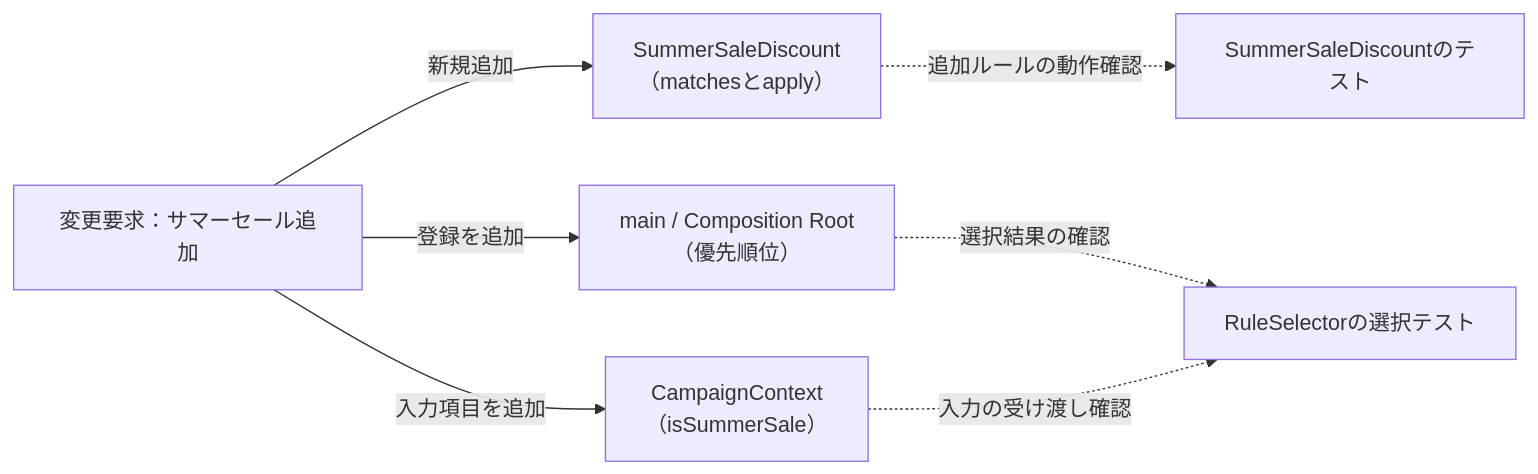
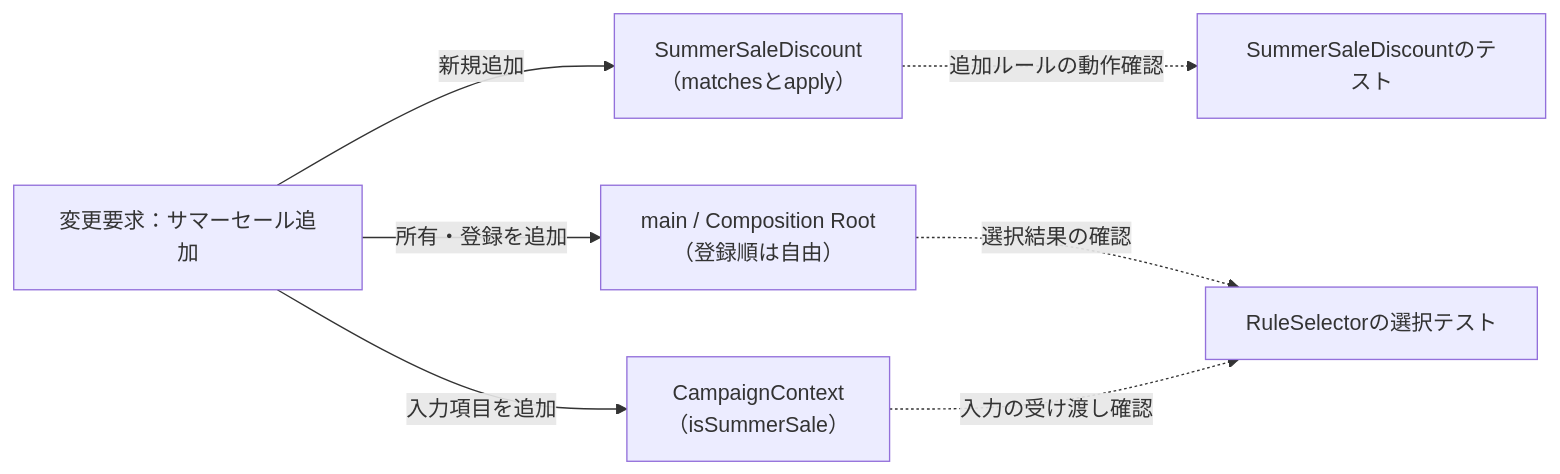
One commit to kumachan1101-pixel/DesignPattern changed diagram 11 of 13 in kindle/design-patterns/output/chapter01.md. Above: the diagram before and after it, drawn with Mermaid. The commit also changed other lines of this file and 18 other files, not shown here.

````diff
--- a/kindle/design-patterns/output/chapter01.md
+++ b/kindle/design-patterns/output/chapter01.md
@@ -2151,10 +2165,10 @@
 ```mermaid
 graph LR
     T1["変更要求：サマーセール追加"]
         -->|新規追加| F1["SummerSaleDiscount<br>（matchesとapply）"]
-    T1 -->|登録を追加| F2["main / Composition Root<br>（優先順位）"]
+    T1 -->|所有・登録を追加| F2["main / Composition Root<br>（登録順は自由）"]
     T1 -->|入力項目を追加| F3["CampaignContext<br>（isSummerSale）"]
     F1 -.->|追加ルールの動作確認| T2["SummerSaleDiscountのテスト"]
     F2 -.->|選択結果の確認| T3["RuleSelectorの選択テスト"]
     F3 -.->|入力の受け渡し確認| T3
 ```
````
